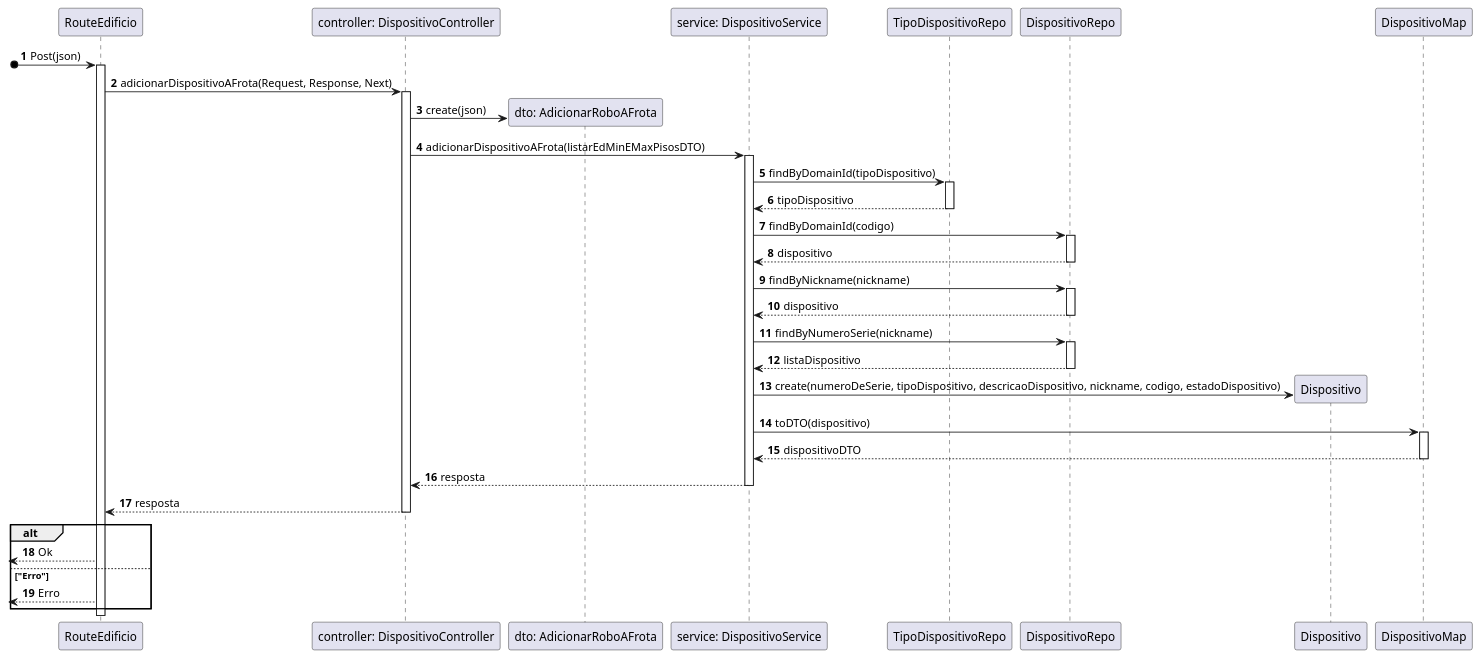
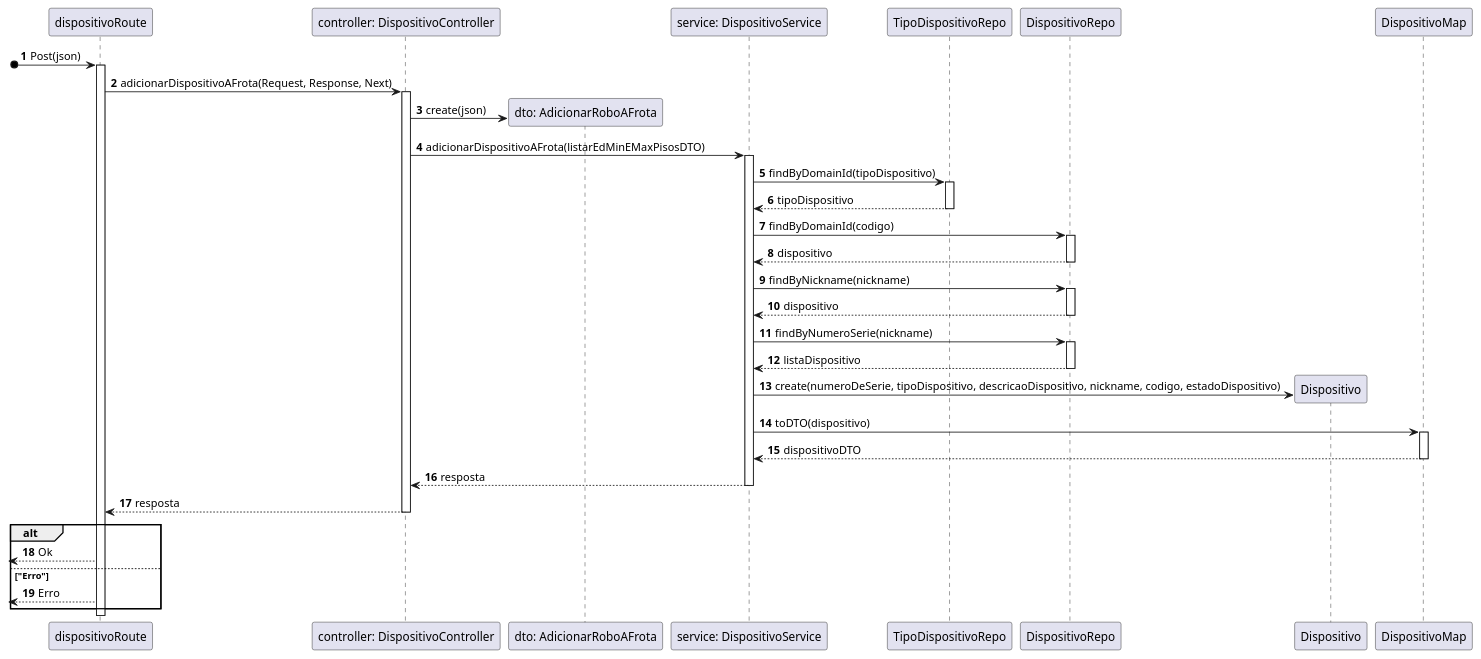
The diagram in docs/Sprint_A/US_360/N3/US360_VP.puml (SEM5PI2324G58/sem5pi_g58_23_24), drawn with PlantUML before and after one commit. The commit also changed 6 other files, not shown here.

```diff
--- a/docs/Sprint_A/US_360/N3/US360_VP.puml
+++ b/docs/Sprint_A/US_360/N3/US360_VP.puml
@@ -1,41 +1,41 @@
 autonumber
 
-participant RouteEdificio as route
+participant dispositivoRoute as route
 participant "controller: DispositivoController" as ctrl
 participant "dto: AdicionarRoboAFrota" as dto
 participant "service: DispositivoService" as service
 participant "TipoDispositivoRepo" as tipoRepo
 participant "DispositivoRepo" as disRepo
 participant "Dispositivo" as dispositivo
 participant "DispositivoMap" as disMap
 
 [o-> route: Post(json)
 activate route
 route -> ctrl: adicionarDispositivoAFrota(Request, Response, Next)
 activate ctrl
 ctrl -> dto ** : create(json)
 ctrl -> service: adicionarDispositivoAFrota(listarEdMinEMaxPisosDTO) 
 activate service
 service -> tipoRepo: findByDomainId(tipoDispositivo)
 activate tipoRepo
 return tipoDispositivo
 service -> disRepo: findByDomainId(codigo)
 activate disRepo
 return dispositivo
 service -> disRepo: findByNickname(nickname)
 activate disRepo
 return dispositivo
 service -> disRepo: findByNumeroSerie(nickname)
 activate disRepo
 return listaDispositivo
 service -> dispositivo**: create(numeroDeSerie, tipoDispositivo, descricaoDispositivo, nickname, codigo, estadoDispositivo)
 service -> disMap: toDTO(dispositivo)
 activate disMap
 return dispositivoDTO
 return resposta
 return resposta
 alt
 <-- route: Ok
 else "Erro"
 <-- route: Erro
 end alt
```
